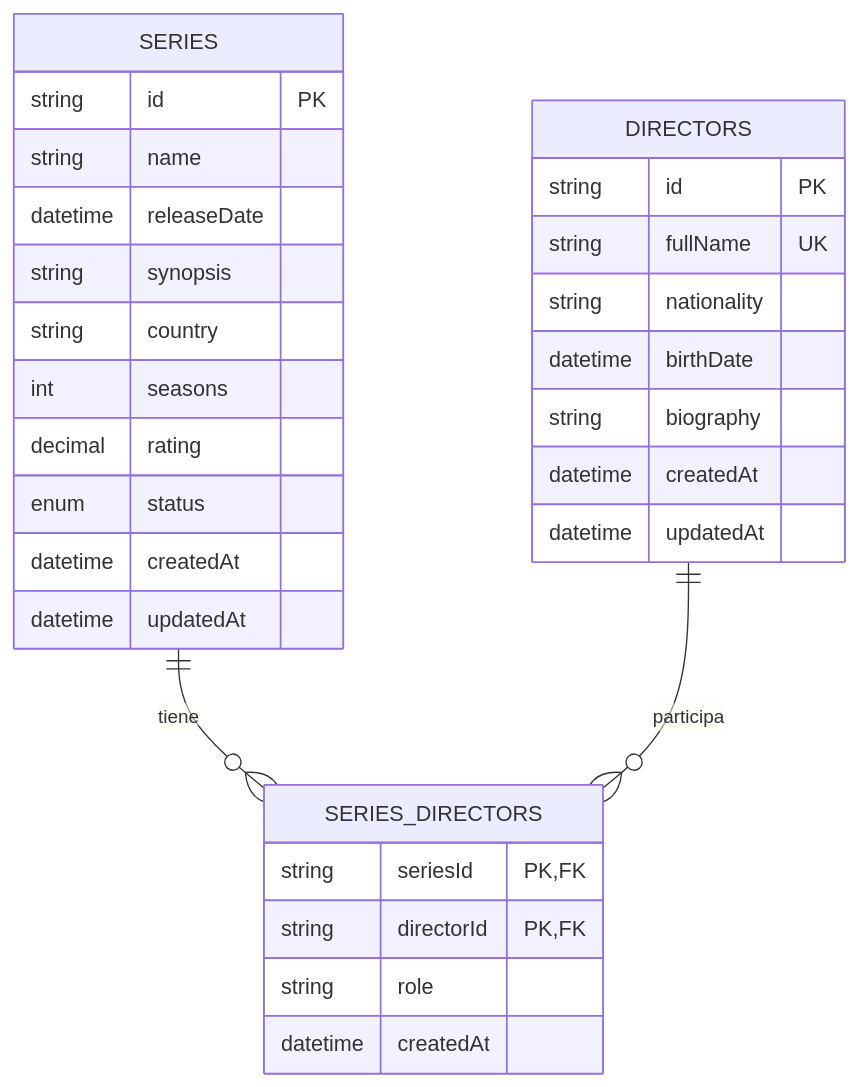
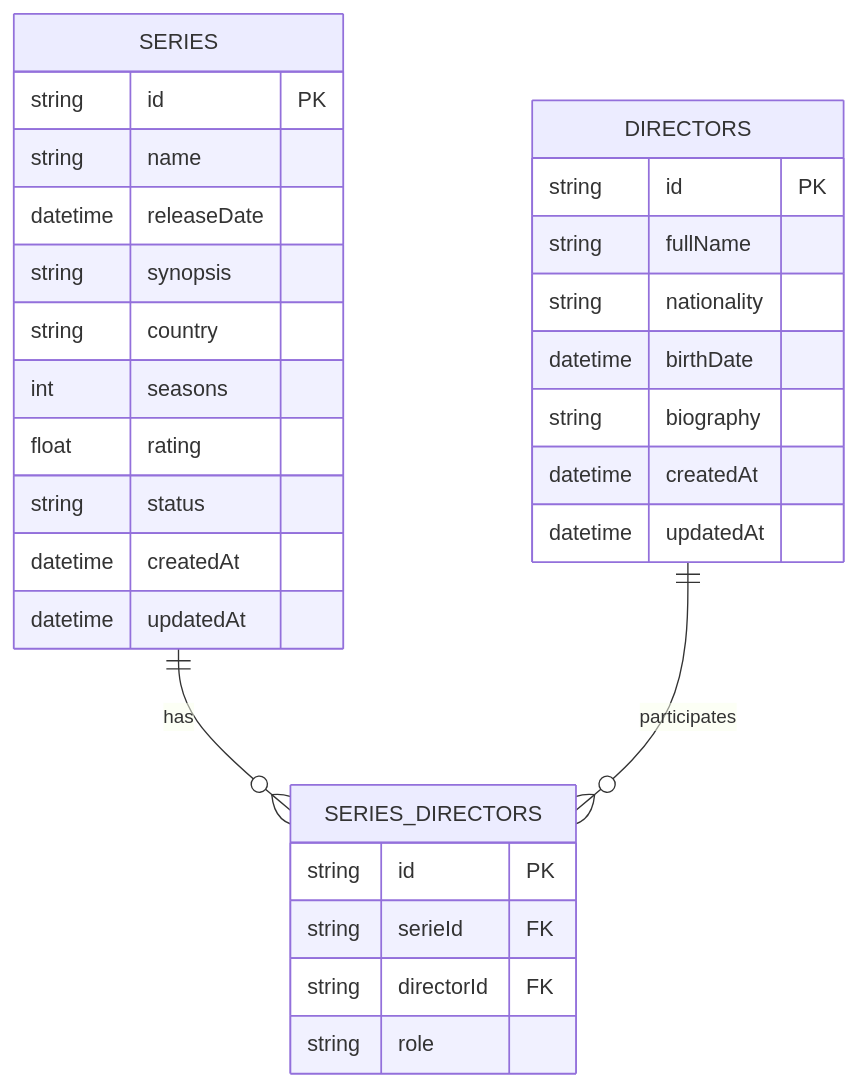
Before and after one commit to andrestorresaioros/Prueba-Tecnica-Series: the second of 2 diagrams in README.md, drawn with Mermaid. The commit also changed other lines of this file, not shown here.

````diff
--- a/README.md
+++ b/README.md
@@ -51,35 +92,35 @@
 ```mermaid
 erDiagram
-    SERIES ||--o{ SERIES_DIRECTORS : tiene
-    DIRECTORS ||--o{ SERIES_DIRECTORS : participa
-
     SERIES {
         string id PK
         string name
         datetime releaseDate
         string synopsis
         string country
         int seasons
-        decimal rating
-        enum status
+        float rating
+        string status
         datetime createdAt
         datetime updatedAt
     }
 
     DIRECTORS {
         string id PK
-        string fullName UK
+        string fullName
         string nationality
         datetime birthDate
         string biography
         datetime createdAt
         datetime updatedAt
     }
 
     SERIES_DIRECTORS {
-        string seriesId PK, FK
-        string directorId PK, FK
+        string id PK
+        string serieId FK
+        string directorId FK
         string role
-        datetime createdAt
     }
+
+    SERIES ||--o{ SERIES_DIRECTORS : has
+    DIRECTORS ||--o{ SERIES_DIRECTORS : participates
 ```
````
